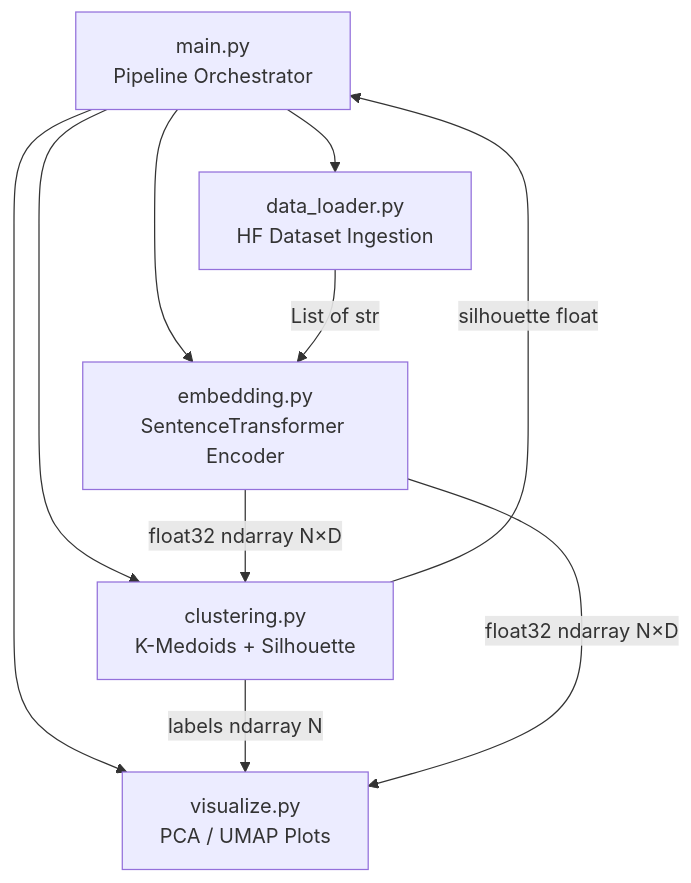
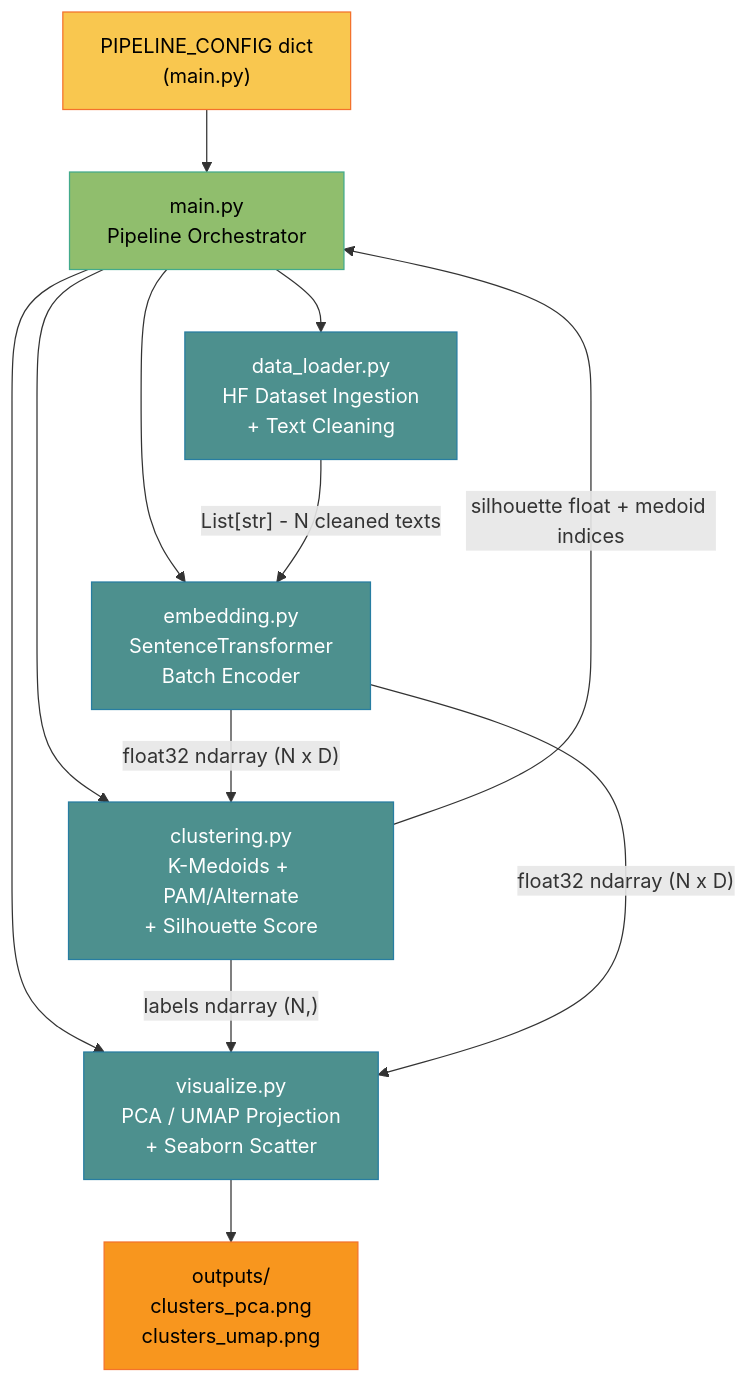
Before and after one commit to hkevin01/kmedoids-hf-clustering: the first of 7 diagrams in README.md, drawn with Mermaid. The commit also changed other lines of this file, not shown here.

````diff
--- a/README.md
+++ b/README.md
@@ -52,12 +69,27 @@
 ```mermaid
 graph TD
-    A[main.py<br/>Pipeline Orchestrator] --> B[data_loader.py<br/>HF Dataset Ingestion]
-    A --> C[embedding.py<br/>SentenceTransformer Encoder]
-    A --> D[clustering.py<br/>K-Medoids + Silhouette]
-    A --> E[visualize.py<br/>PCA / UMAP Plots]
-    B -->|List of str| C
-    C -->|float32 ndarray N×D| D
-    D -->|labels ndarray N| E
-    C -->|float32 ndarray N×D| E
-    D -->|silhouette float| A
+    CFG["PIPELINE_CONFIG dict<br/>(main.py)"]:::config
+    MAIN["main.py<br/>Pipeline Orchestrator"]:::main
+    DL["data_loader.py<br/>HF Dataset Ingestion<br/>+ Text Cleaning"]:::module
+    EMB["embedding.py<br/>SentenceTransformer<br/>Batch Encoder"]:::module
+    CLU["clustering.py<br/>K-Medoids + PAM/Alternate<br/>+ Silhouette Score"]:::module
+    VIZ["visualize.py<br/>PCA / UMAP Projection<br/>+ Seaborn Scatter"]:::module
+    OUT["outputs/<br/>clusters_pca.png<br/>clusters_umap.png"]:::output
+
+    CFG --> MAIN
+    MAIN --> DL
+    MAIN --> EMB
+    MAIN --> CLU
+    MAIN --> VIZ
+    DL -->|"List[str] - N cleaned texts"| EMB
+    EMB -->|"float32 ndarray (N x D)"| CLU
+    CLU -->|"labels ndarray (N,)"| VIZ
+    EMB -->|"float32 ndarray (N x D)"| VIZ
+    CLU -->|"silhouette float + medoid indices"| MAIN
+    VIZ --> OUT
+
+    classDef config fill:#f9c74f,stroke:#f3722c,color:#000
+    classDef main fill:#90be6d,stroke:#43aa8b,color:#000
+    classDef module fill:#4d908e,stroke:#277da1,color:#fff
+    classDef output fill:#f8961e,stroke:#f3722c,color:#000
 ```
````
